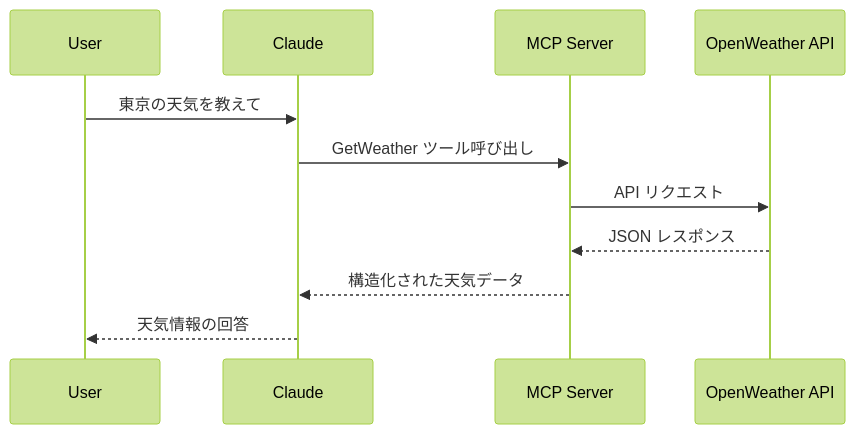
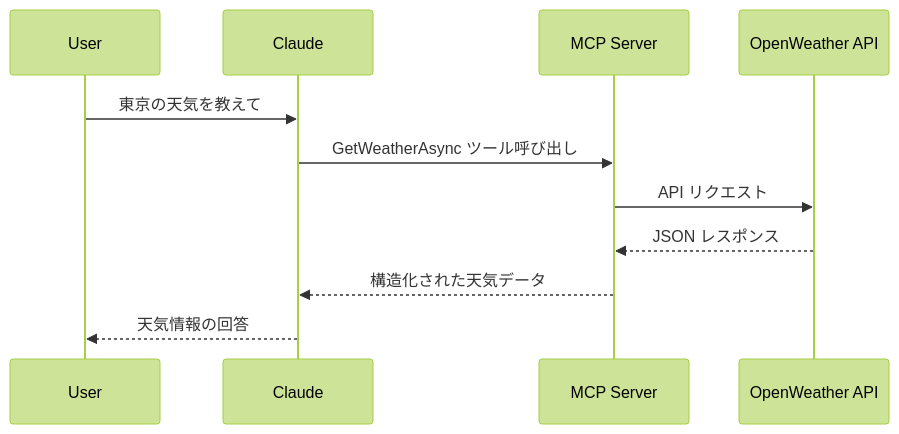
Before and after one commit to gushwell/zen-content: the diagram in articles/mcp-learning-4.md, drawn with Mermaid (forest theme). The commit also changed other lines of this file and 3 other files, not shown here.

````diff
--- a/articles/mcp-learning-4.md
+++ b/articles/mcp-learning-4.md
@@ -493,14 +492,14 @@
 ```mermaid
 sequenceDiagram
     participant User
     participant Claude
     participant MCP Server
     participant OpenWeather API
 
     User->>Claude: 東京の天気を教えて
-    Claude->>MCP Server: GetWeather ツール呼び出し
+    Claude->>MCP Server: GetWeatherAsync ツール呼び出し
     MCP Server->>OpenWeather API: API リクエスト
     OpenWeather API-->>MCP Server: JSON レスポンス
     MCP Server-->>Claude: 構造化された天気データ
     Claude-->>User: 天気情報の回答
 ```
````
